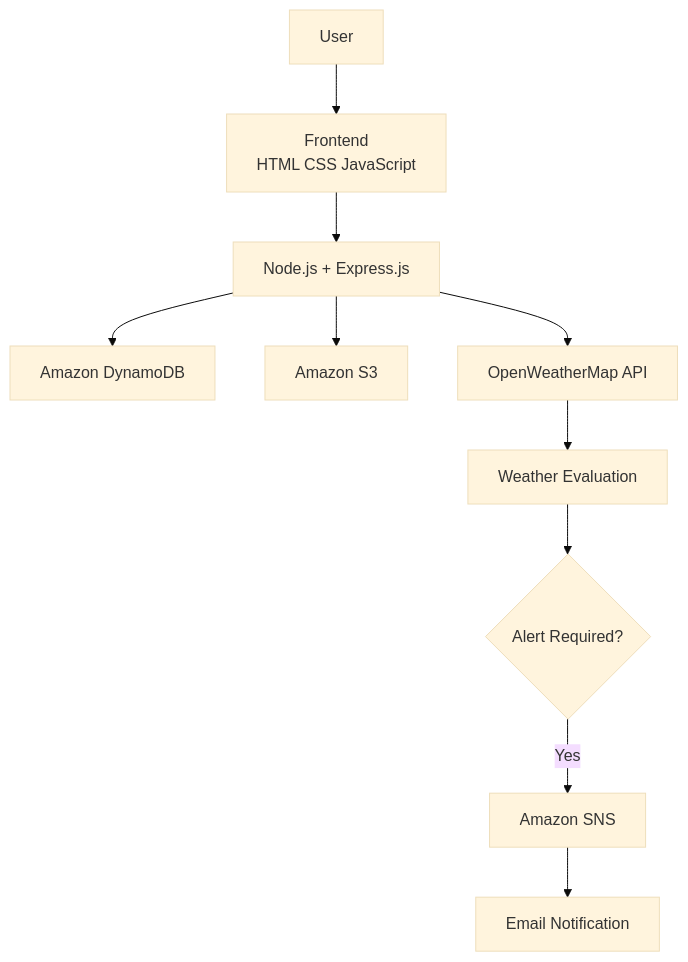
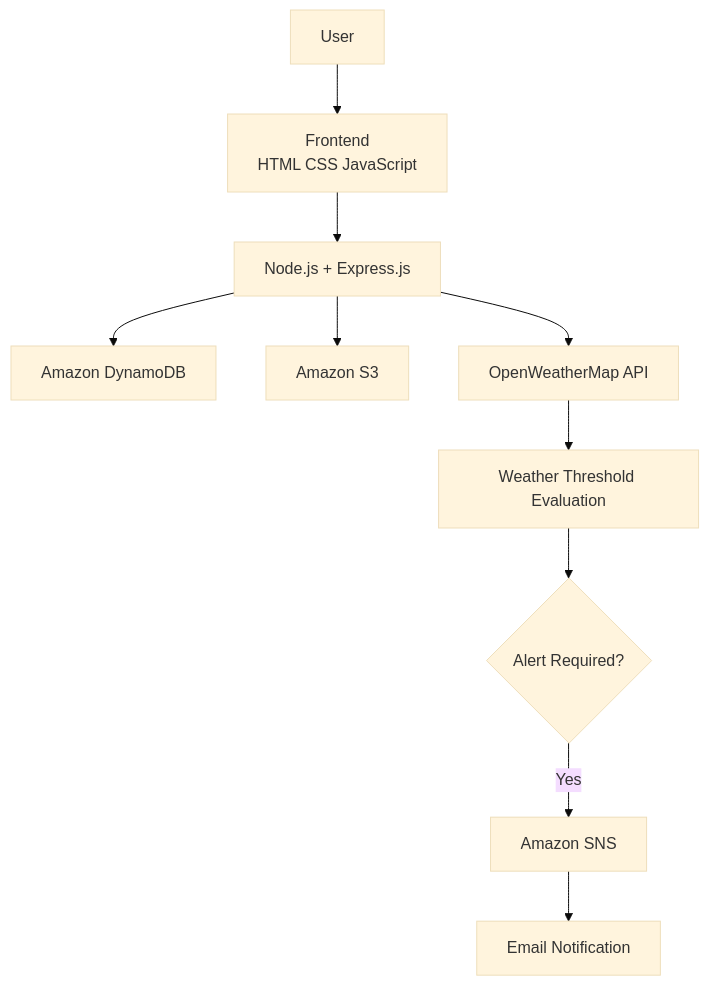
Before and after one commit to AyushiSahai/Disaster-Alert-System: the diagram in README.md, drawn with Mermaid (base theme). The commit also changed other lines of this file, not shown here.

````diff
--- a/README.md
+++ b/README.md
@@ -75,23 +74,23 @@
 ```mermaid
 flowchart TD
 
 A[User]
 
 A --> B[Frontend<br>HTML CSS JavaScript]
 
 B --> C[Node.js + Express.js]
 
 C --> D[Amazon DynamoDB]
 
 C --> E[Amazon S3]
 
 C --> F[OpenWeatherMap API]
 
-F --> G[Weather Evaluation]
+F --> G[Weather Threshold Evaluation]
 
 G --> H{Alert Required?}
 
 H -- Yes --> I[Amazon SNS]
 
 I --> J[Email Notification]
 ```
````
